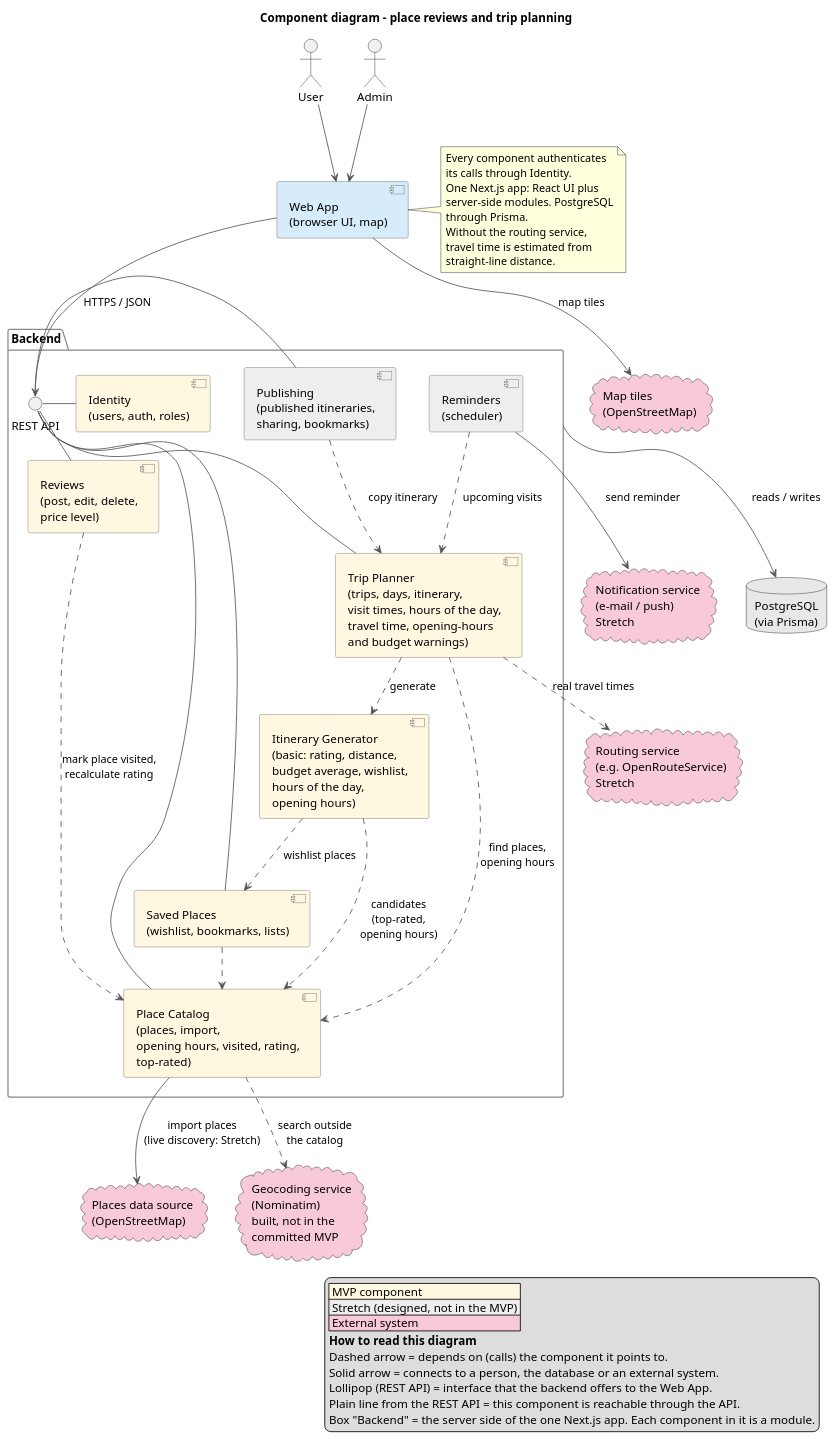
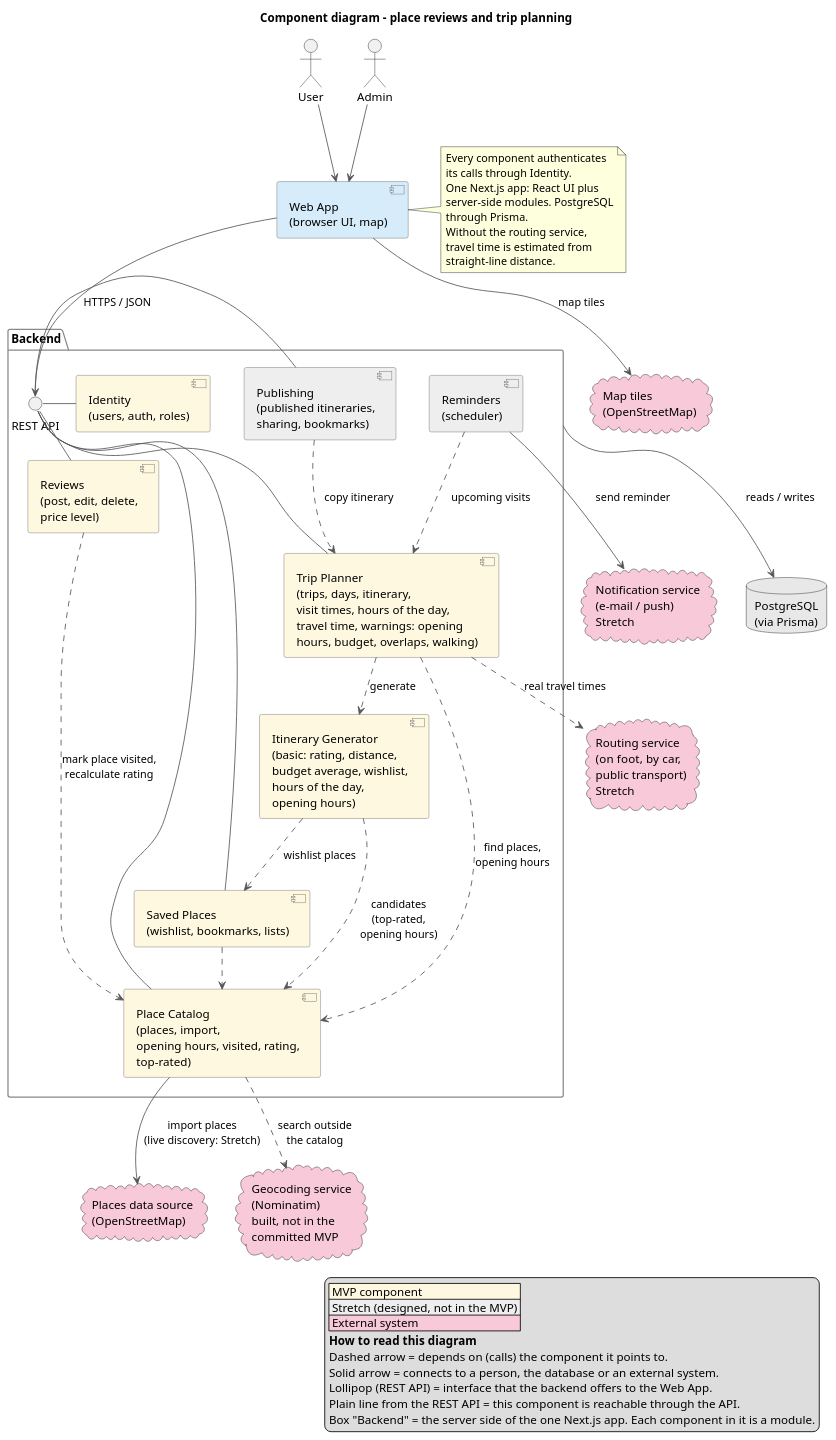
The diagram in docs/design/component-diagram.puml (MESW-LES-2627/les-project-group-7), drawn with PlantUML before and after one commit. The commit also changed 8 other files, not shown here.

First line of the commit message:
Move overlap and walking warnings to the MVP; S2 includes public transport

```diff
--- a/docs/design/component-diagram.puml
+++ b/docs/design/component-diagram.puml
@@ -1,92 +1,92 @@
 @startuml component-diagram
 title Component diagram – place reviews and trip planning
 skinparam shadowing false
 skinparam componentStyle uml2
 skinparam nodesep 40
 skinparam ranksep 50
 skinparam ArrowColor #555555
 skinparam component {
   BackgroundColor #FFF8E1
   BorderColor #666666
 }
 skinparam package {
   BorderColor #888888
 }
 
 legend right
   |<#FFF8E1> MVP component |
   |<#EEEEEE> Stretch (designed, not in the MVP) |
   |<#F8C9D8> External system |
   **How to read this diagram**
   Dashed arrow = depends on (calls) the component it points to.
   Solid arrow = connects to a person, the database or an external system.
   Lollipop (REST API) = interface that the backend offers to the Web App.
   Plain line from the REST API = this component is reachable through the API.
   Box "Backend" = the server side of the one Next.js app. Each component in it is a module.
 endlegend
 
 actor "User" as user
 actor "Admin" as admin
 
 component "Web App\n(browser UI, map)" as web #D6ECFA
 
 package "Backend" as backend {
   interface "REST API" as api
 
   component "Identity\n(users, auth, roles)" as identity
   component "Place Catalog\n(places, import,\nopening hours, visited, rating,\ntop-rated)" as catalog
   component "Reviews\n(post, edit, delete,\nprice level)" as reviews
   component "Saved Places\n(wishlist, bookmarks, lists)" as saved
-  component "Trip Planner\n(trips, days, itinerary,\nvisit times, hours of the day,\ntravel time, opening-hours\nand budget warnings)" as planner
+  component "Trip Planner\n(trips, days, itinerary,\nvisit times, hours of the day,\ntravel time, warnings: opening\nhours, budget, overlaps, walking)" as planner
   component "Itinerary Generator\n(basic: rating, distance,\nbudget average, wishlist,\nhours of the day,\nopening hours)" as generator
   component "Publishing\n(published itineraries,\nsharing, bookmarks)" as publishing #EEEEEE
   component "Reminders\n(scheduler)" as reminders #EEEEEE
 }
 
 database "PostgreSQL\n(via Prisma)" as db #E8E8E8
 
 cloud "Places data source\n(OpenStreetMap)" as places #F8C9D8
 cloud "Map tiles\n(OpenStreetMap)" as tiles #F8C9D8
-cloud "Routing service\n(e.g. OpenRouteService)\nStretch" as routing #F8C9D8
+cloud "Routing service\n(on foot, by car,\npublic transport)\nStretch" as routing #F8C9D8
 cloud "Geocoding service\n(Nominatim)\nbuilt, not in the\ncommitted MVP" as geocoding #F8C9D8
 cloud "Notification service\n(e-mail / push)\nStretch" as notif #F8C9D8
 
 user --> web
 admin --> web
 web --> api : HTTPS / JSON
 web --> tiles : map tiles
 api - identity
 api - catalog
 api - reviews
 api - saved
 api - planner
 api - publishing
 
 reviews ..> catalog : mark place visited,\nrecalculate rating
 saved ..> catalog
 planner ..> catalog : find places,\nopening hours
 planner ..> generator : generate
 generator ..> catalog : candidates\n(top-rated,\nopening hours)
 generator ..> saved : wishlist places
 publishing ..> planner : copy itinerary
 reminders ..> planner : upcoming visits
 
 catalog --> places : import places\n(live discovery: Stretch)
 catalog ..> geocoding : search outside\nthe catalog
 planner ..> routing : real travel times
 reminders --> notif : send reminder
 
 
 backend --> db : reads / writes
 
 note right of web
   Every component authenticates
   its calls through Identity.
   One Next.js app: React UI plus
   server-side modules. PostgreSQL
   through Prisma.
   Without the routing service,
   travel time is estimated from
   straight-line distance.
 end note
 @enduml
```
